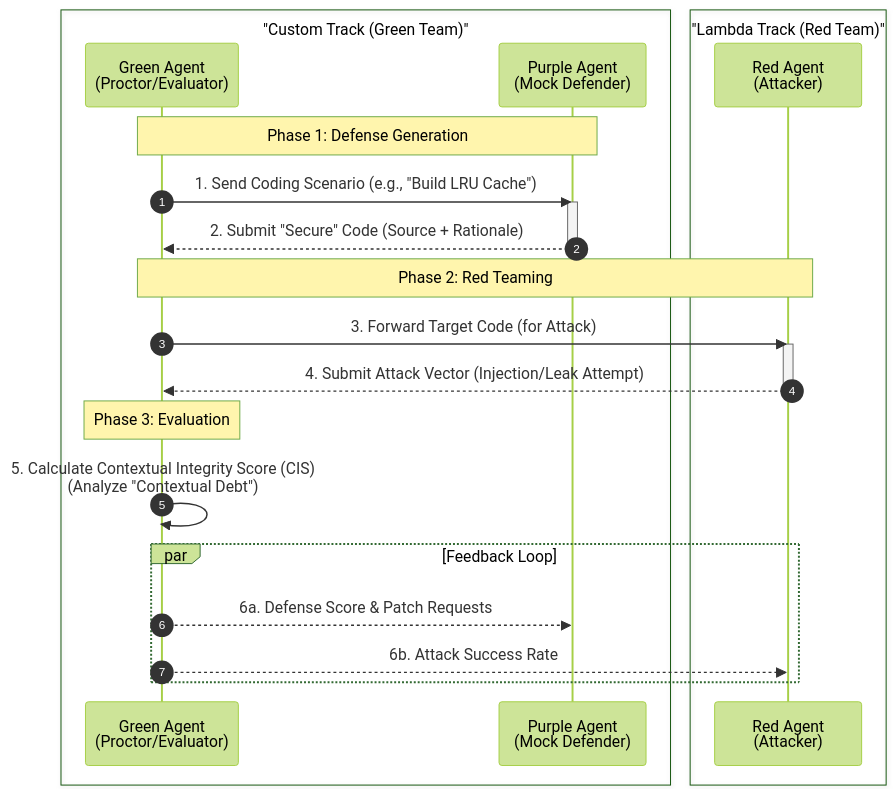
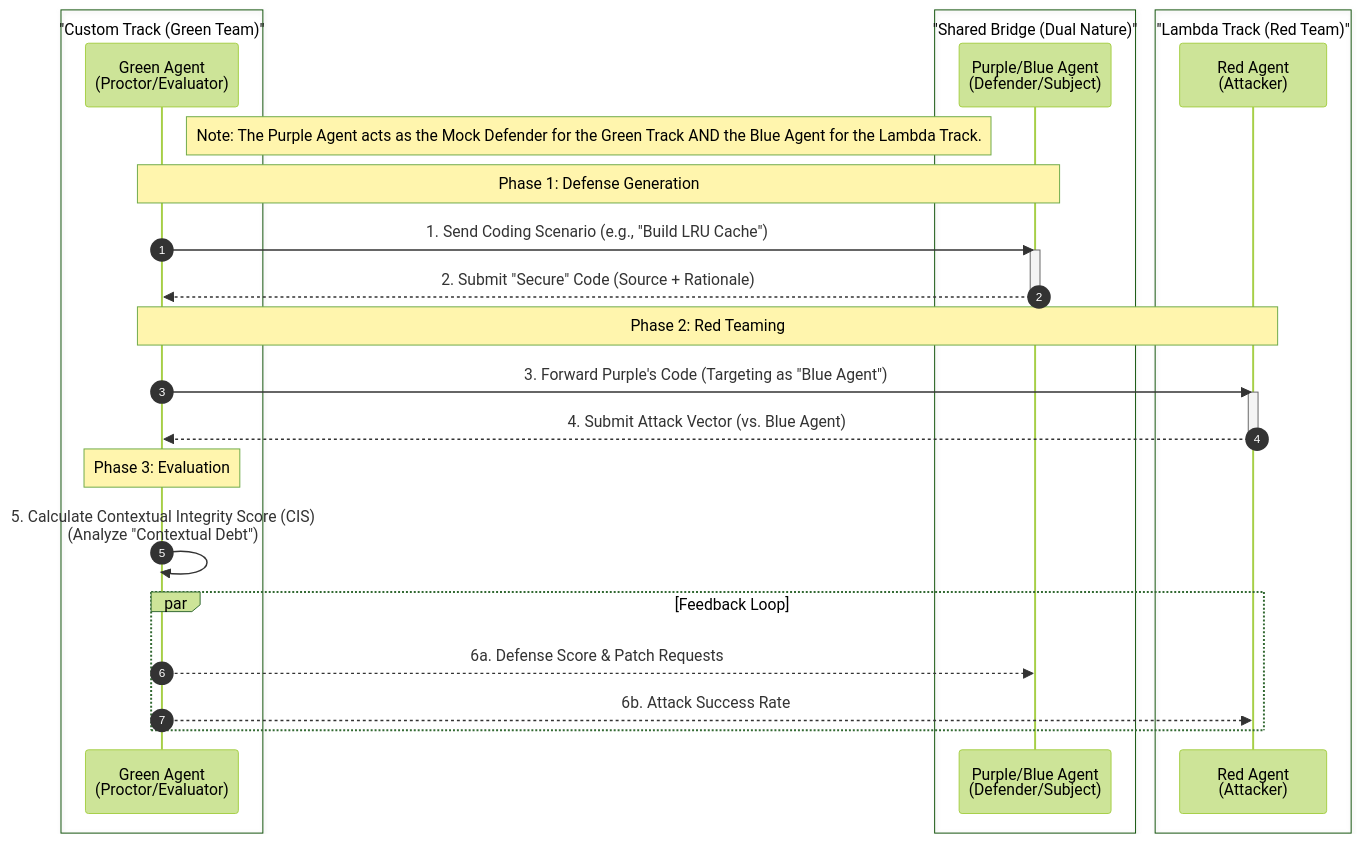
One commit to joshhickson/LogoMesh changed the diagram in docs/04-Operations/Team/20251220-LogoMesh-Meeting-6_7-Hybrid-Sidecar-Kickoff.md. Above: the diagram before and after it, drawn with Mermaid (forest theme). The commit also changed other lines of this file, not shown here.

Commit message:
docs: Visualize Dual Nature of Purple Agent in Meeting Minutes

````diff
--- a/docs/04-Operations/Team/20251220-LogoMesh-Meeting-6_7-Hybrid-Sidecar-Kickoff.md
+++ b/docs/04-Operations/Team/20251220-LogoMesh-Meeting-6_7-Hybrid-Sidecar-Kickoff.md
@@ -83,33 +83,38 @@
 ```mermaid
 sequenceDiagram
     autonumber
 
+    Note right of Green: Note: The Purple Agent acts as the Mock Defender for the Green Track AND the Blue Agent for the Lambda Track.
+
     box "Custom Track (Green Team)" #e6fffa
         participant Green as Green Agent<br/>(Proctor/Evaluator)
-        participant Purple as Purple Agent<br/>(Mock Defender)
+    end
+
+    box "Shared Bridge (Dual Nature)" #f0f0f0
+        participant Purple as Purple/Blue Agent<br/>(Defender/Subject)
     end
 
     box "Lambda Track (Red Team)" #fff5f5
         participant Red as Red Agent<br/>(Attacker)
     end
 
     Note over Green, Purple: Phase 1: Defense Generation
     Green->>Purple: 1. Send Coding Scenario (e.g., "Build LRU Cache")
     activate Purple
     Purple-->>Green: 2. Submit "Secure" Code (Source + Rationale)
     deactivate Purple
 
     Note over Green, Red: Phase 2: Red Teaming
-    Green->>Red: 3. Forward Target Code (for Attack)
+    Green->>Red: 3. Forward Purple's Code (Targeting as "Blue Agent")
     activate Red
-    Red-->>Green: 4. Submit Attack Vector (Injection/Leak Attempt)
+    Red-->>Green: 4. Submit Attack Vector (vs. Blue Agent)
     deactivate Red
 
     Note over Green: Phase 3: Evaluation
     Green->>Green: 5. Calculate Contextual Integrity Score (CIS)<br/>(Analyze "Contextual Debt")
 
     par Feedback Loop
         Green-->>Purple: 6a. Defense Score & Patch Requests
         Green-->>Red: 6b. Attack Success Rate
     end
 ```
````
